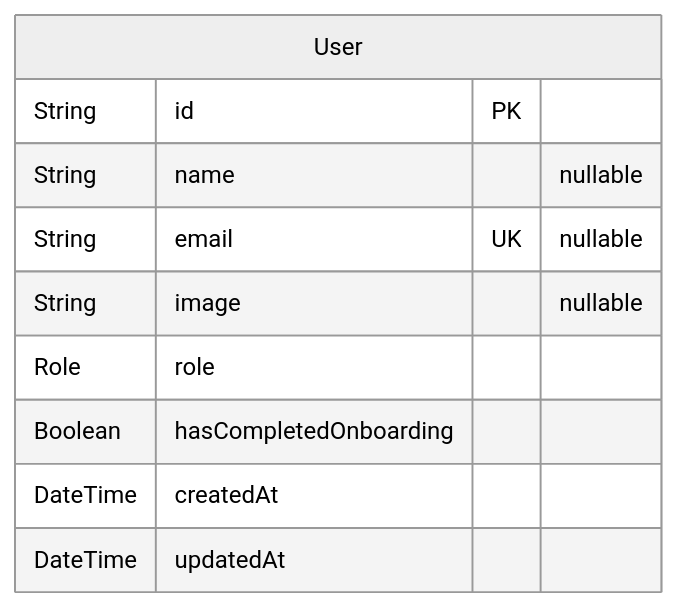
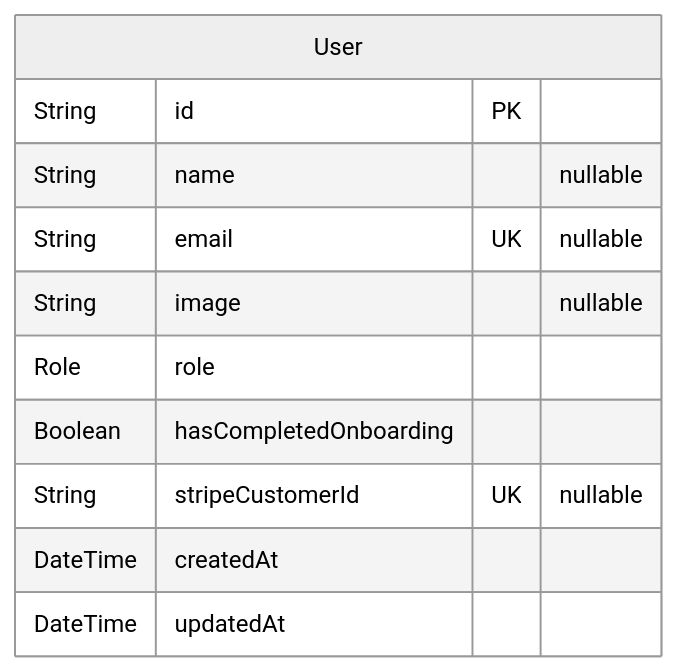
Before and after one commit to rayven122/tumiki: the sixth of 7 diagrams in packages/db/prisma/README.md, drawn with Mermaid (neutral theme). The commit also changed other lines of this file and 7 other files, not shown here.

````diff
--- a/packages/db/prisma/README.md
+++ b/packages/db/prisma/README.md
@@ -839,13 +845,14 @@
 ```mermaid
 erDiagram
 "User" {
   String id PK
   String name "nullable"
   String email UK "nullable"
   String image "nullable"
   Role role
   Boolean hasCompletedOnboarding
+  String stripeCustomerId UK "nullable"
   DateTime createdAt
   DateTime updatedAt
 }
 ```
````
